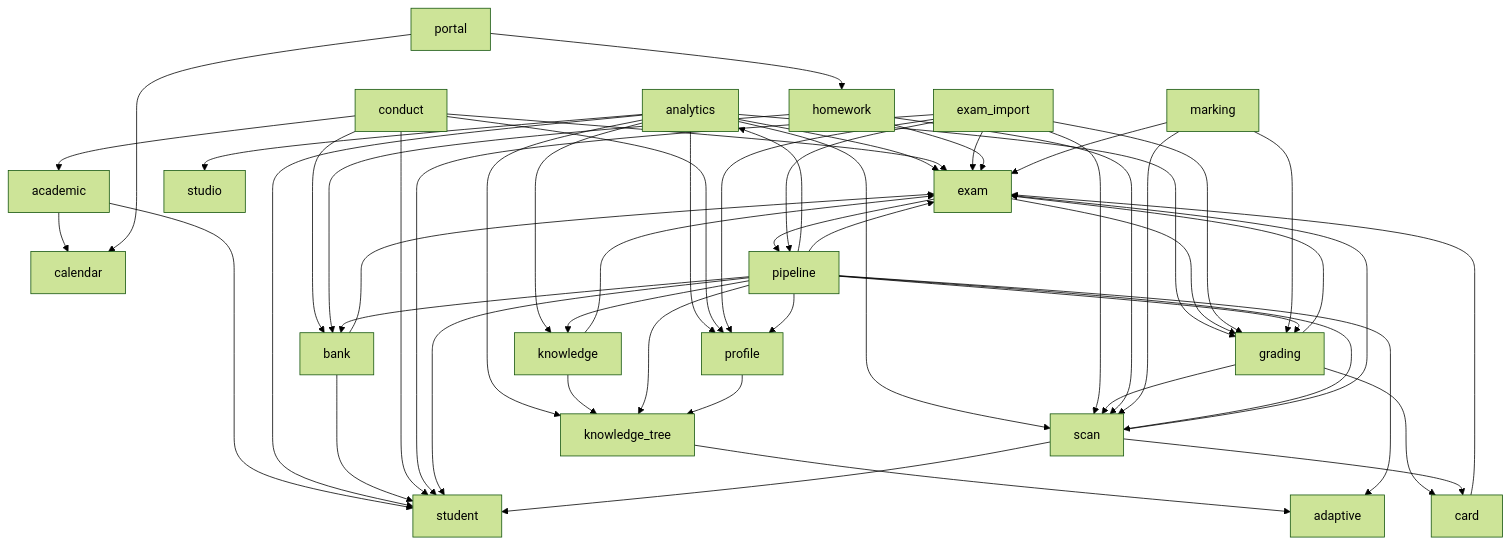
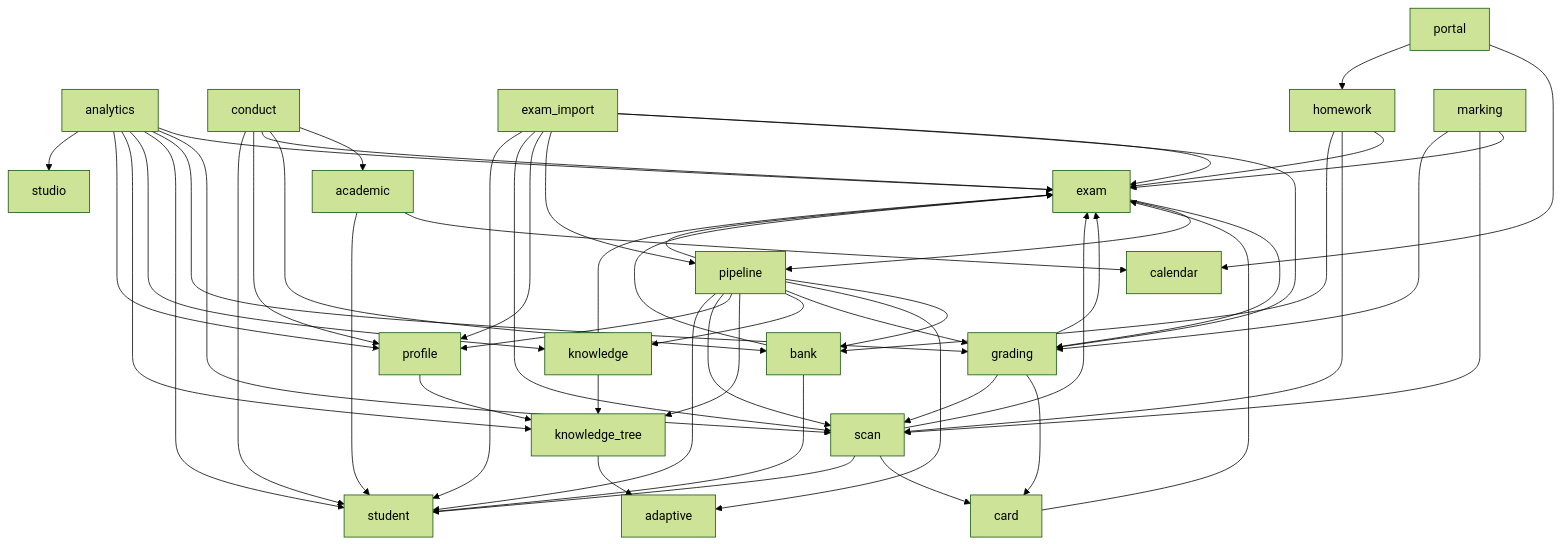
The diagram in docs/governance/dependency-graph.md (juanwan99/edu-cloud), drawn with Mermaid (forest theme) before and after one commit. The commit also changed 12 other files, not shown here.

Commit message:
refactor(pipeline): decouple post-exam analytics orchestration

````diff
--- a/docs/governance/dependency-graph.md
+++ b/docs/governance/dependency-graph.md
@@ -5,57 +5,56 @@
 ```mermaid
 flowchart TD
   academic --> calendar
   academic --> student
   analytics --> exam
   analytics --> scan
   analytics --> grading
   analytics --> student
   analytics --> knowledge
   analytics --> knowledge_tree
   analytics --> profile
   analytics --> studio
   bank --> exam
   bank --> student
   card --> exam
   conduct --> academic
   conduct --> bank
   conduct --> exam
   conduct --> profile
   conduct --> student
   exam --> grading
   exam --> pipeline
   exam_import --> exam
   exam_import --> grading
   exam_import --> pipeline
   exam_import --> profile
   exam_import --> scan
   exam_import --> student
   grading --> card
   grading --> exam
   grading --> scan
   homework --> exam
   homework --> scan
   homework --> bank
   knowledge --> exam
   knowledge --> knowledge_tree
   knowledge_tree --> adaptive
   marking --> exam
   marking --> scan
   marking --> grading
-  pipeline --> analytics
   pipeline --> bank
   pipeline --> adaptive
   pipeline --> exam
   pipeline --> grading
   pipeline --> knowledge
   pipeline --> knowledge_tree
   pipeline --> profile
   pipeline --> scan
   pipeline --> student
   portal --> calendar
   portal --> homework
   profile --> knowledge_tree
   scan --> exam
   scan --> card
   scan --> student
 ```
````
